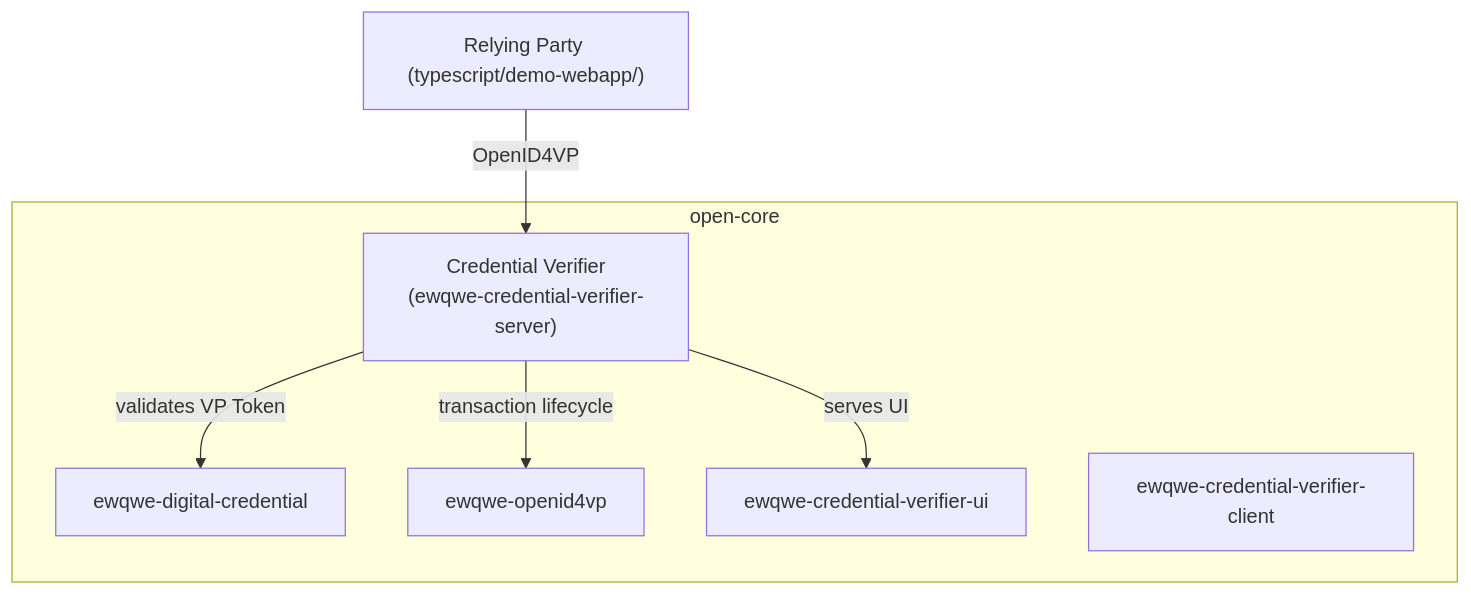
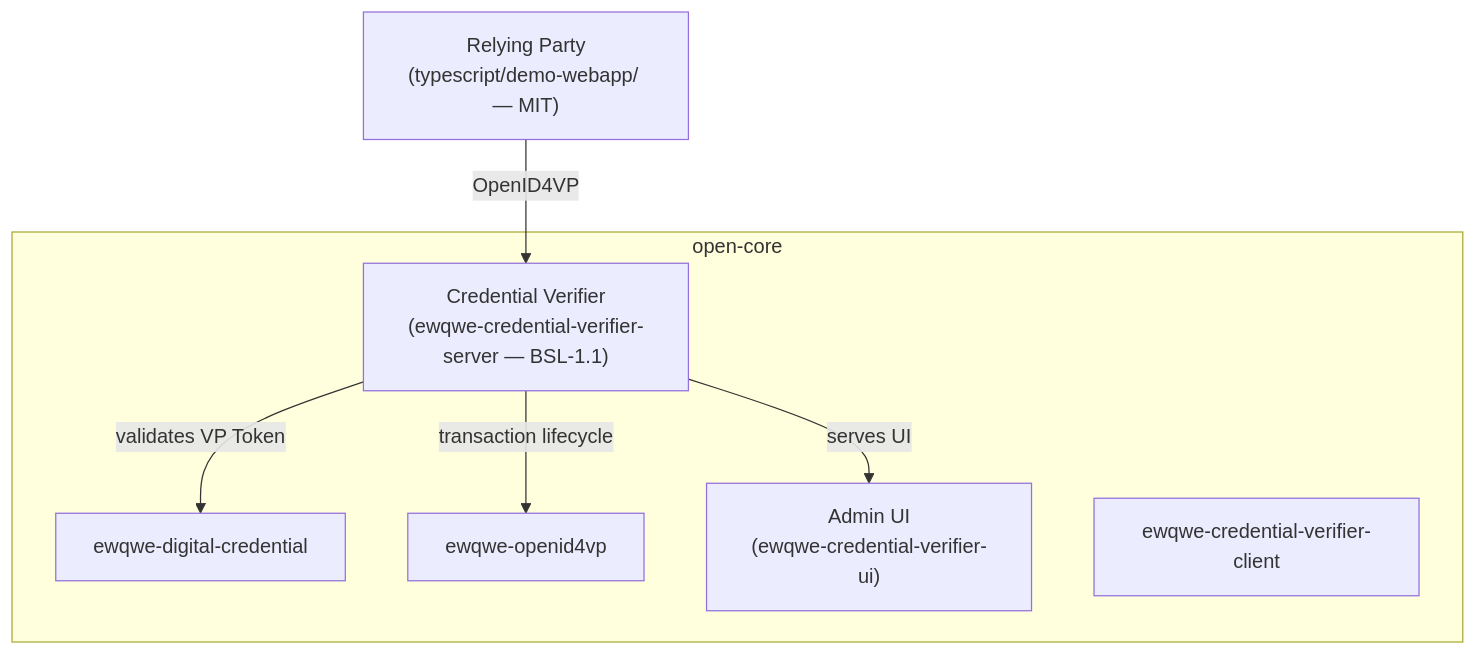
Before and after one commit to rd-ewqwe/ewqwe-identity: the diagram in README.md, drawn with Mermaid. The commit also changed other lines of this file and 13 other files, not shown here.

````diff
--- a/README.md
+++ b/README.md
@@ -97,14 +29,14 @@
 ```mermaid
 graph TD
-    RP["Relying Party (typescript/demo-webapp/)"] -->|OpenID4VP| VERIFIER["Credential Verifier<br/>(ewqwe-credential-verifier-server)"]
+    RP["Relying Party<br/>(typescript/demo-webapp/ — MIT)"] -->|OpenID4VP| VERIFIER["Credential Verifier<br/>(ewqwe-credential-verifier-server — BSL-1.1)"]
     VERIFIER -->|validates VP Token| CRYPTO["ewqwe-digital-credential"]
     VERIFIER -->|transaction lifecycle| OPENID4VP["ewqwe-openid4vp"]
-    VERIFIER -->|serves UI| UI["ewqwe-credential-verifier-ui"]
+    VERIFIER -->|serves UI| UI["Admin UI<br/>(ewqwe-credential-verifier-ui)"]
     subgraph open-core
         CRYPTO
         OPENID4VP
         VERIFIER
         UI
         CLIENT["ewqwe-credential-verifier-client"]
     end
 ```
````
